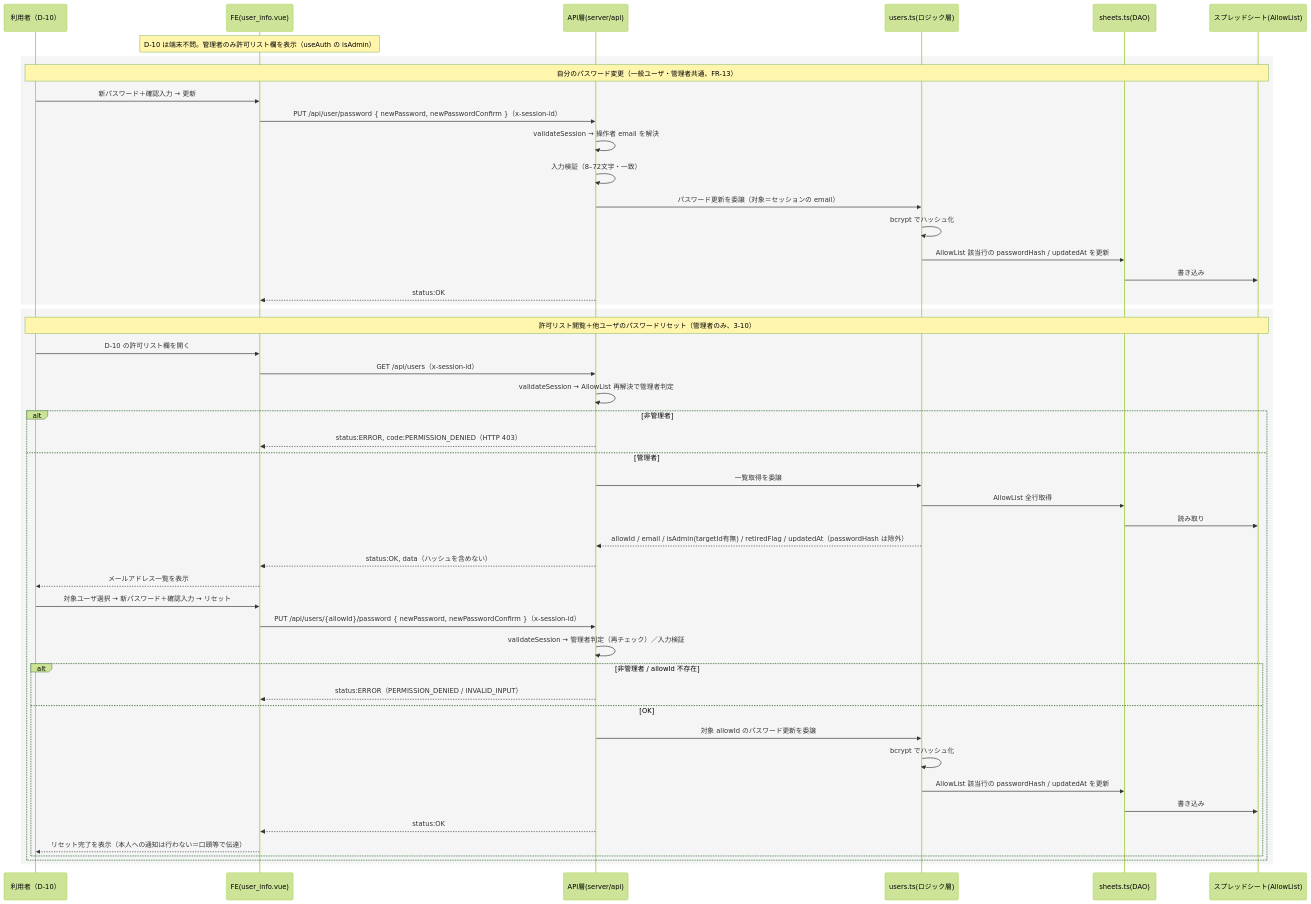
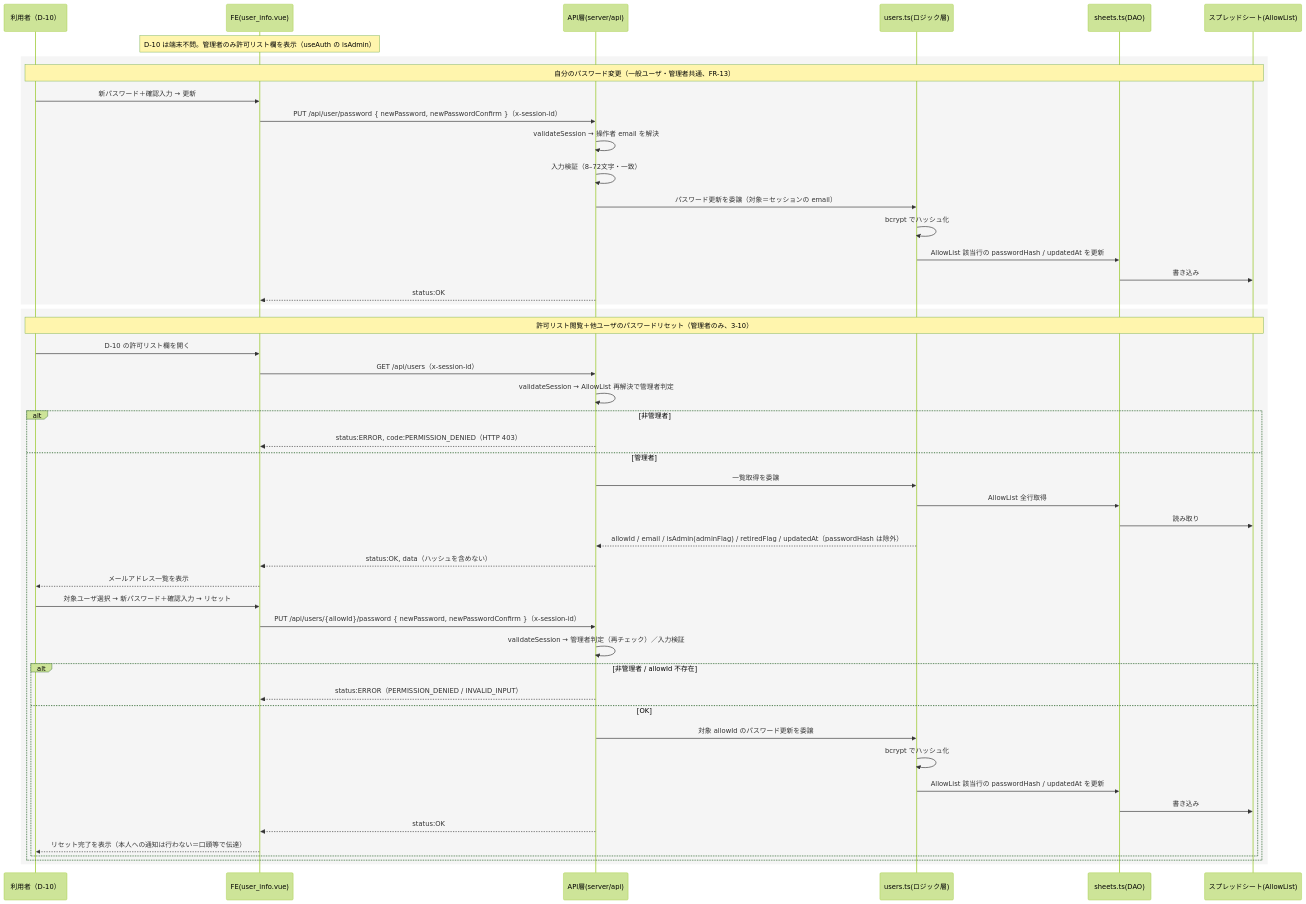
The fifth of 6 diagrams in docs/architecture/sequence.md (shinichi-yoshida-16/inventory_system_v2), drawn with Mermaid (forest theme) before and after one commit. The commit also changed other lines of this file and 5 other files, not shown here.

````diff
--- a/docs/architecture/sequence.md
+++ b/docs/architecture/sequence.md
@@ -337,55 +337,55 @@
 ```mermaid
 sequenceDiagram
     participant U as 利用者（D-10）
     participant FE as FE(user_info.vue)
     participant API as API層(server/api)
     participant Logic as users.ts(ロジック層)
     participant DAO as sheets.ts(DAO)
     participant SS as スプレッドシート(AllowList)
 
     Note over FE: D-10 は端末不問。管理者のみ許可リスト欄を表示（useAuth の isAdmin）
 
     rect rgba(0,0,0,0.04)
     Note over U,SS: 自分のパスワード変更（一般ユーザ・管理者共通、FR-13）
     U->>FE: 新パスワード＋確認入力 → 更新
     FE->>API: PUT /api/user/password { newPassword, newPasswordConfirm }（x-session-id）
     API->>API: validateSession → 操作者 email を解決
     API->>API: 入力検証（8–72文字・一致）
     API->>Logic: パスワード更新を委譲（対象＝セッションの email）
     Logic->>Logic: bcrypt でハッシュ化
     Logic->>DAO: AllowList 該当行の passwordHash / updatedAt を更新
     DAO->>SS: 書き込み
     API-->>FE: status:OK
     end
 
     rect rgba(0,0,0,0.04)
     Note over U,SS: 許可リスト閲覧＋他ユーザのパスワードリセット（管理者のみ、3-10）
     U->>FE: D-10 の許可リスト欄を開く
     FE->>API: GET /api/users（x-session-id）
     API->>API: validateSession → AllowList 再解決で管理者判定
     alt 非管理者
         API-->>FE: status:ERROR, code:PERMISSION_DENIED（HTTP 403）
     else 管理者
         API->>Logic: 一覧取得を委譲
         Logic->>DAO: AllowList 全行取得
         DAO->>SS: 読み取り
-        Logic-->>API: allowId / email / isAdmin(targetId有無) / retiredFlag / updatedAt（passwordHash は除外）
+        Logic-->>API: allowId / email / isAdmin(adminFlag) / retiredFlag / updatedAt（passwordHash は除外）
         API-->>FE: status:OK, data（ハッシュを含めない）
         FE-->>U: メールアドレス一覧を表示
 
         U->>FE: 対象ユーザ選択 → 新パスワード＋確認入力 → リセット
         FE->>API: PUT /api/users/{allowId}/password { newPassword, newPasswordConfirm }（x-session-id）
         API->>API: validateSession → 管理者判定（再チェック）／入力検証
         alt 非管理者 / allowId 不存在
             API-->>FE: status:ERROR（PERMISSION_DENIED / INVALID_INPUT）
         else OK
             API->>Logic: 対象 allowId のパスワード更新を委譲
             Logic->>Logic: bcrypt でハッシュ化
             Logic->>DAO: AllowList 該当行の passwordHash / updatedAt を更新
             DAO->>SS: 書き込み
             API-->>FE: status:OK
             FE-->>U: リセット完了を表示（本人への通知は行わない＝口頭等で伝達）
         end
     end
     end
 ```
````
